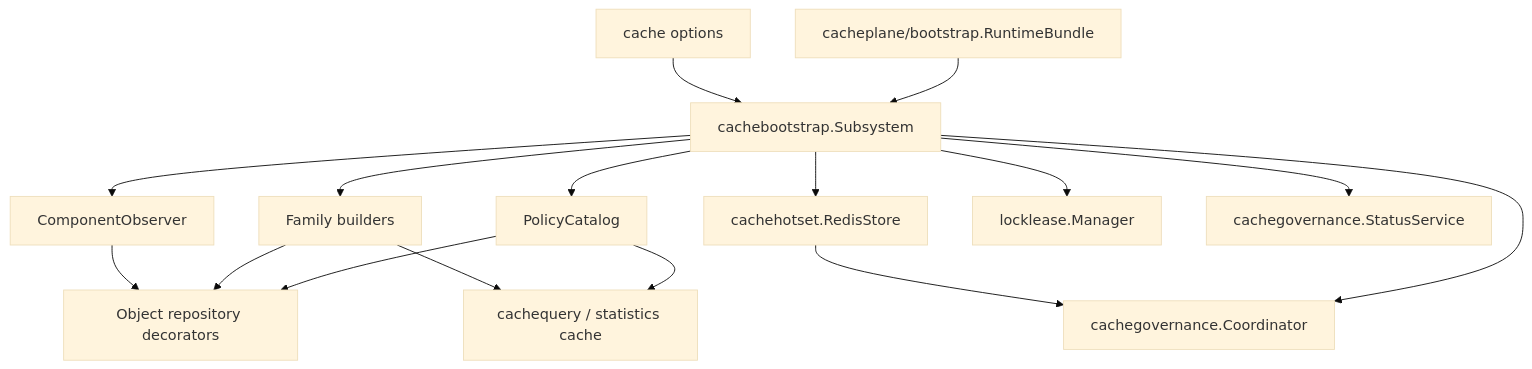
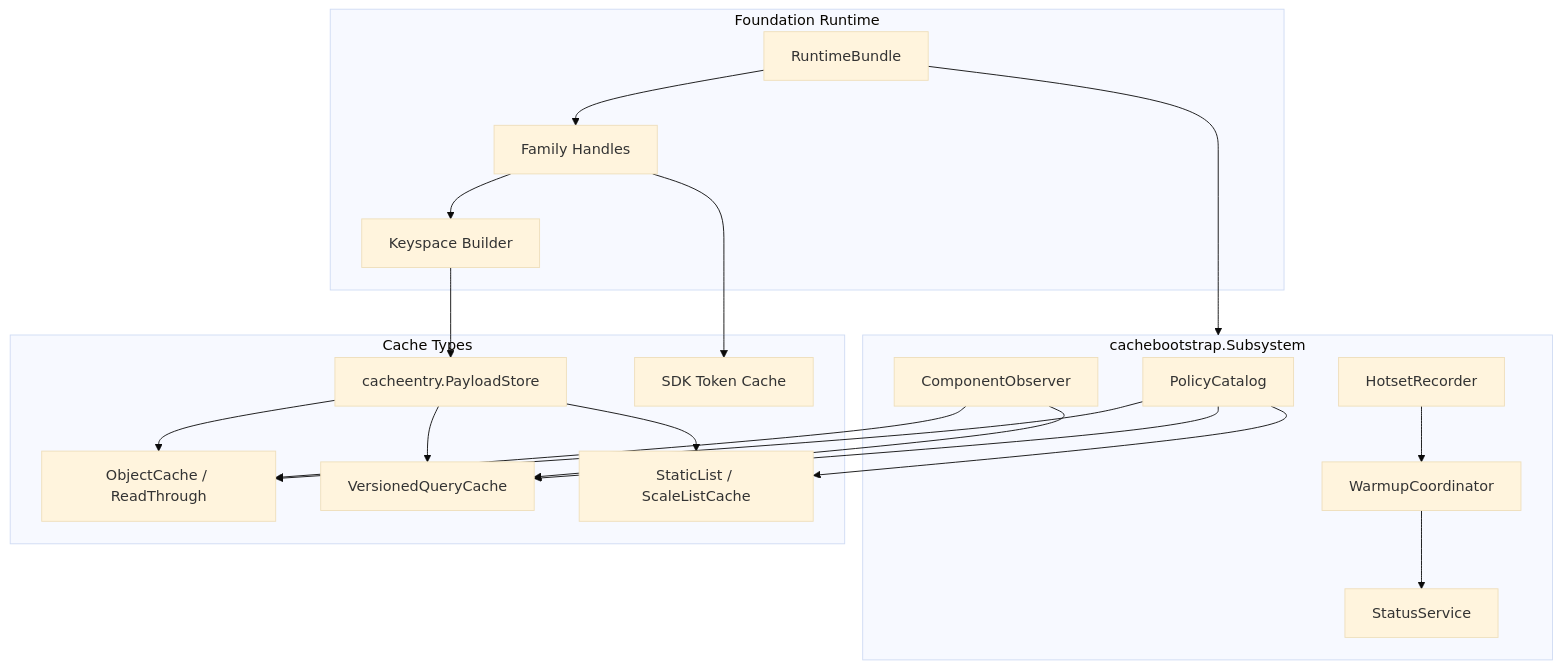
The first of 2 diagrams in docs/03-基础设施/redis/02-Cache层总览.md (FangcunMount/qs-server), drawn with Mermaid (base theme) before and after one commit. The commit also changed other lines of this file and 10 other files, not shown here.

````diff
--- a/docs/03-基础设施/redis/02-Cache层总览.md
+++ b/docs/03-基础设施/redis/02-Cache层总览.md
@@ -18,19 +79,40 @@
 ```mermaid
 flowchart TB
-    Runtime["cacheplane/bootstrap.RuntimeBundle"] --> Subsystem["cachebootstrap.Subsystem"]
-    Options["cache options"] --> Subsystem
-    Subsystem --> Policy["PolicyCatalog"]
-    Subsystem --> Observer["ComponentObserver"]
-    Subsystem --> Builder["Family builders"]
-    Subsystem --> Hotset["cachehotset.RedisStore"]
-    Subsystem --> Lock["locklease.Manager"]
-    Subsystem --> Gov["cachegovernance.Coordinator"]
-    Subsystem --> Status["cachegovernance.StatusService"]
+    subgraph Runtime["Foundation Runtime"]
+        bundle["RuntimeBundle"]
+        family["Family Handles"]
+        builder["Keyspace Builder"]
+    end
 
-    Policy --> Object["Object repository decorators"]
-    Builder --> Object
-    Observer --> Object
-    Policy --> Query["cachequery / statistics cache"]
-    Builder --> Query
-    Hotset --> Gov
+    subgraph Subsystem["cachebootstrap.Subsystem"]
+        policy["PolicyCatalog"]
+        observer["ComponentObserver"]
+        hotset["HotsetRecorder"]
+        coordinator["WarmupCoordinator"]
+        status["StatusService"]
+    end
+
+    subgraph CacheTypes["Cache Types"]
+        entry["cacheentry.PayloadStore"]
+        object["ObjectCache / ReadThrough"]
+        query["VersionedQueryCache"]
+        static["StaticList / ScaleListCache"]
+        sdk["SDK Token Cache"]
+    end
+
+    bundle --> family
+    family --> builder
+    bundle --> Subsystem
+    policy --> object
+    policy --> query
+    policy --> static
+    observer --> object
+    observer --> query
+    builder --> entry
+    entry --> object
+    entry --> query
+    entry --> static
+    family --> sdk
+    hotset --> coordinator
+    coordinator --> status
 ```
````
